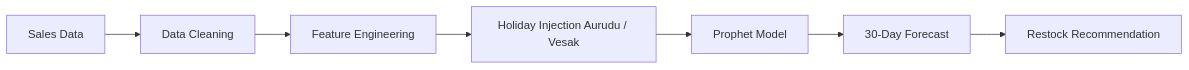
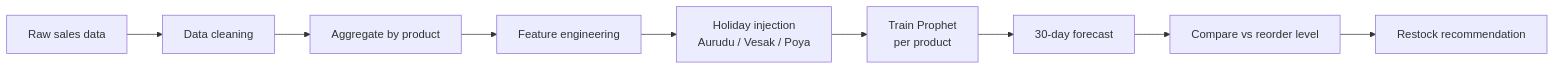
The fourth of 6 diagrams in docs/design-doc.md (Poorna-Raj/zyntra-flow), drawn with Mermaid before and after one commit. The commit also changed other lines of this file, not shown here.

````diff
--- a/docs/design-doc.md
+++ b/docs/design-doc.md
@@ -218,15 +232,11 @@
 ```mermaid
 flowchart LR
-
-    A[Sales Data] --> B[Data Cleaning]
-
-    B --> C[Feature Engineering]
-
-    C --> D[Holiday Injection Aurudu / Vesak]
-
-    D --> E[Prophet Model]
-
-    E --> F[30-Day Forecast]
-
-    F --> G[Restock Recommendation]
+    A[Raw sales data] --> B[Data cleaning]
+    B --> C[Aggregate by product]
+    C --> D[Feature engineering]
+    D --> E[Holiday injection\nAurudu / Vesak / Poya]
+    E --> F[Train Prophet\nper product]
+    F --> G[30-day forecast]
+    G --> H[Compare vs reorder level]
+    H --> I[Restock recommendation]
 ```
````
